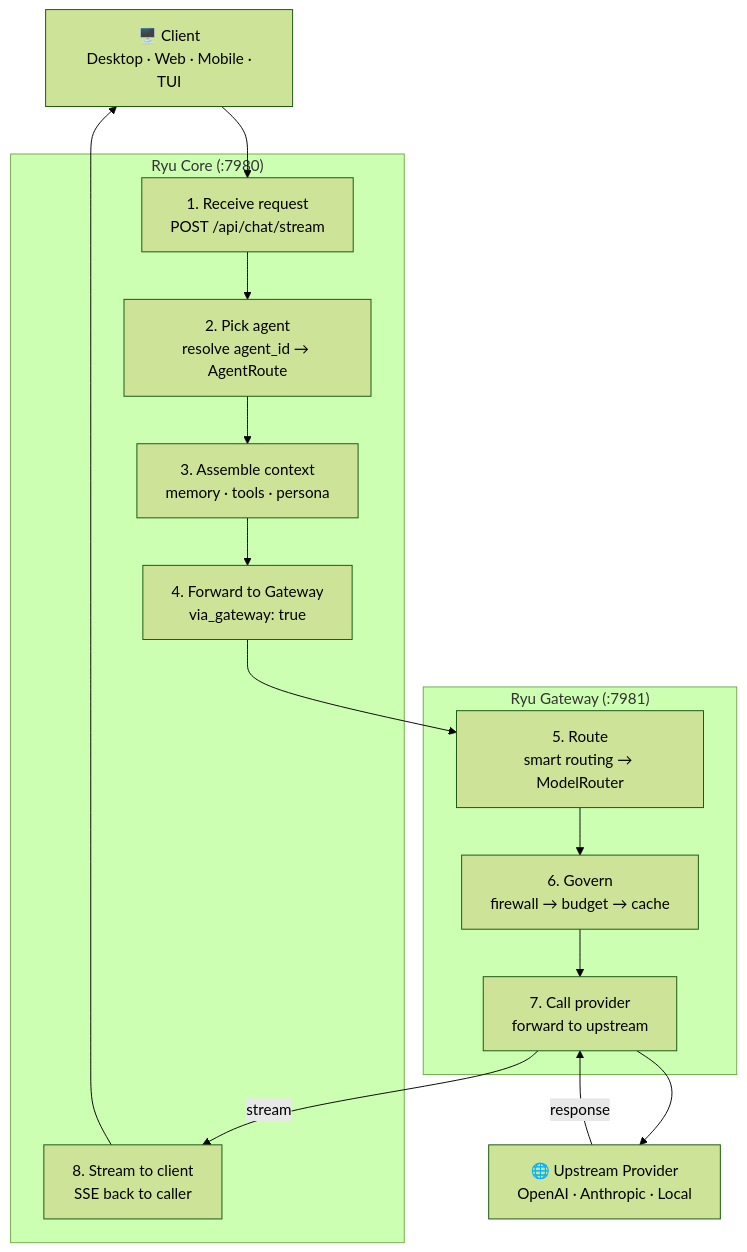
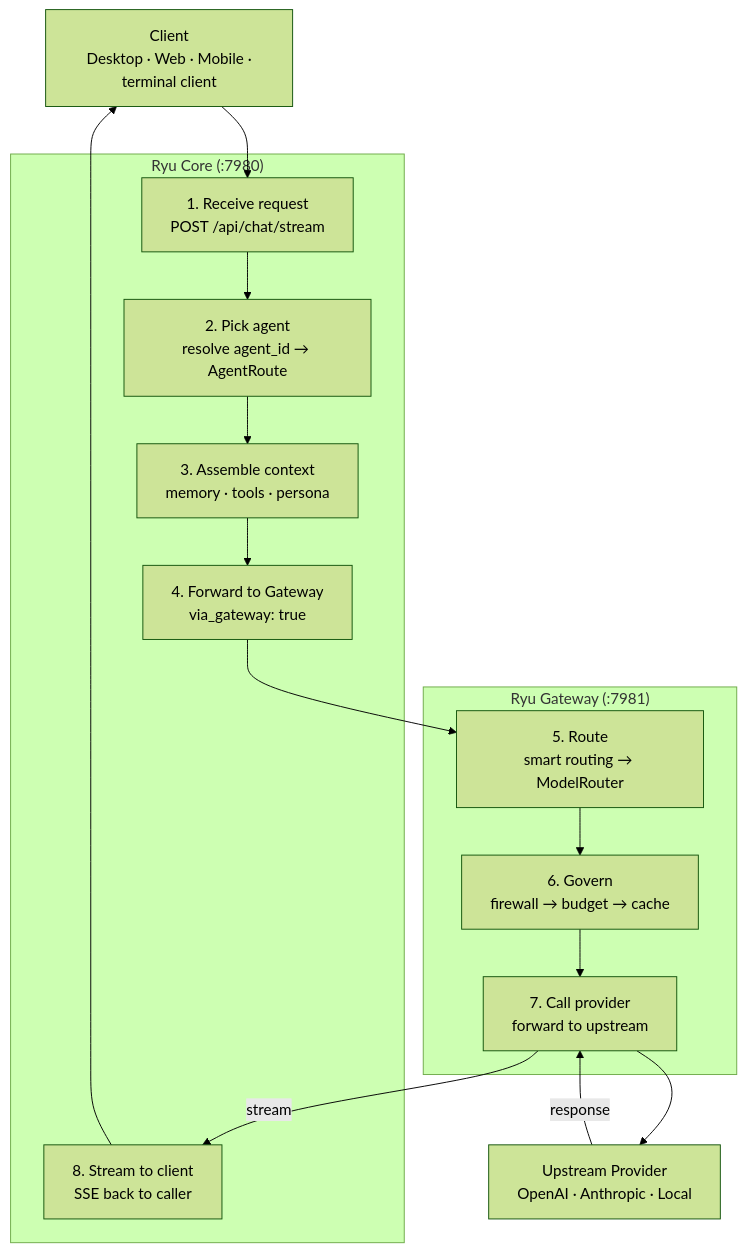
The first of 2 diagrams in content/docs/start-here/architecture/core-vs-gateway.mdx (amajorai/ryu-docs), drawn with Mermaid (forest theme) before and after one commit. The commit also changed other lines of this file and 2538 other files, not shown here.

````diff
--- a/content/docs/start-here/architecture/core-vs-gateway.mdx
+++ b/content/docs/start-here/architecture/core-vs-gateway.mdx
@@ -28,28 +28,28 @@
 ```mermaid
 flowchart TD
-  Client["🖥️ Client\n Desktop · Web · Mobile · TUI"]
+  Client["Client\n Desktop · Web · Mobile · terminal client"]
 
   subgraph Core["Ryu Core (:7980)"]
     C1["1. Receive request\nPOST /api/chat/stream"]
     C2["2. Pick agent\nresolve agent_id → AgentRoute"]
     C3["3. Assemble context\nmemory · tools · persona"]
     C4["4. Forward to Gateway\nvia_gateway: true"]
     C5["8. Stream to client\nSSE back to caller"]
   end
 
   subgraph Gateway["Ryu Gateway (:7981)"]
     G1["5. Route\nsmart routing → ModelRouter"]
     G2["6. Govern\nfirewall → budget → cache"]
     G3["7. Call provider\nforward to upstream"]
   end
 
-  Engine["🌐 Upstream Provider\nOpenAI · Anthropic · Local"]
+  Engine["Upstream Provider\nOpenAI · Anthropic · Local"]
 
   Client --> C1
   C1 --> C2 --> C3 --> C4
   C4 --> G1 --> G2 --> G3
   G3 --> Engine
   Engine -->|"response"| G3
   G3 -->|"stream"| C5
   C5 --> Client
 ```
````
